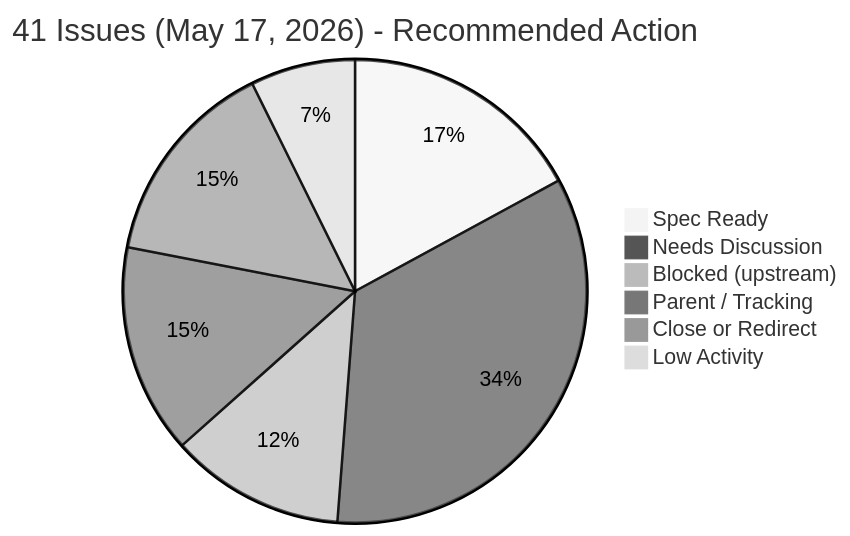
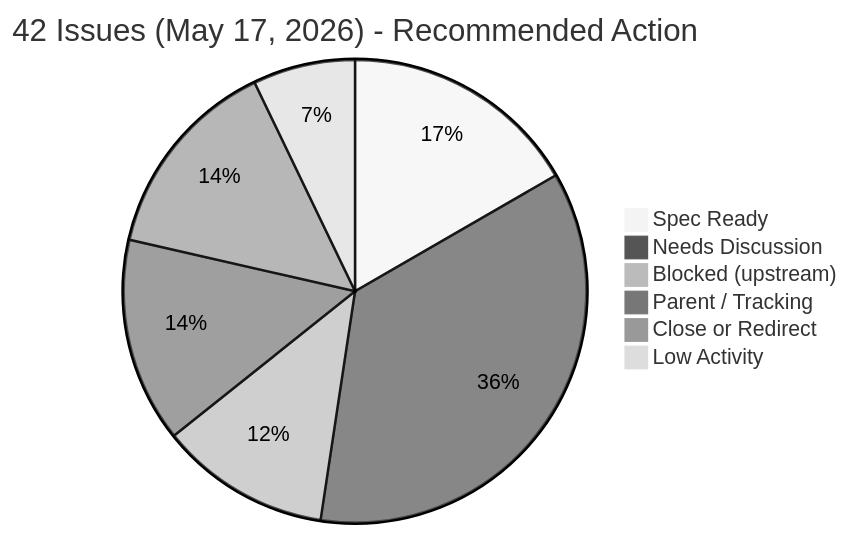
One commit to meshtastic/design changed the first of 4 diagrams in standards/audits/community-alignment-matrix.md. Above: the diagram before and after it, drawn with Mermaid (neutral theme). The commit also changed other lines of this file, not shown here.

Commit message:
update matrix: add #100 ([ALIGNMENT] translate this message); link #83 to parent; bump totals to 42 issues

````diff
--- a/standards/audits/community-alignment-matrix.md
+++ b/standards/audits/community-alignment-matrix.md
@@ -28,9 +28,9 @@
 ```mermaid
-pie title 41 Issues (May 17, 2026) - Recommended Action
+pie title 42 Issues (May 17, 2026) - Recommended Action
     "Spec Ready" : 7
-    "Needs Discussion" : 14
+    "Needs Discussion" : 15
     "Blocked (upstream)" : 5
     "Parent / Tracking" : 6
     "Close or Redirect" : 6
     "Low Activity" : 3
 ```
````
